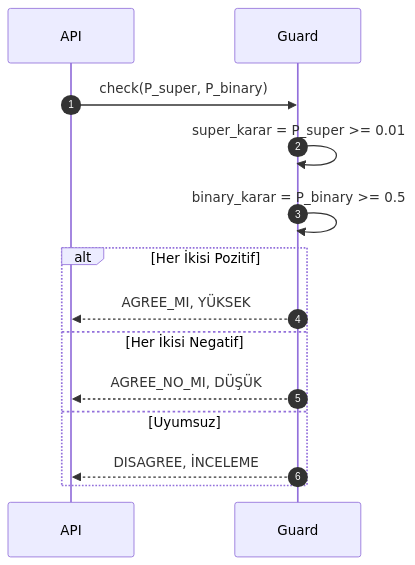
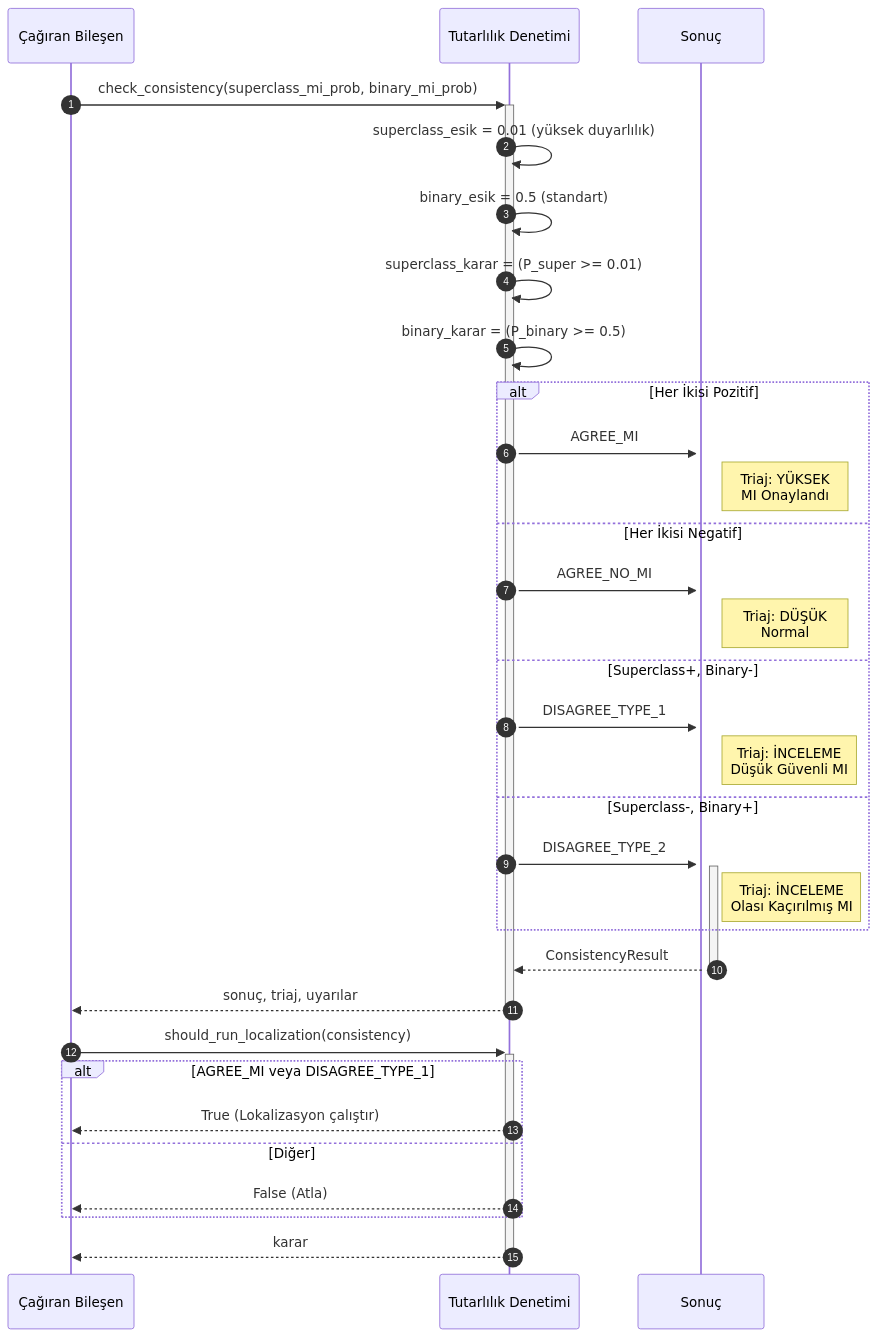
Before and after one commit to mUsaulug/CardioGuard-AI: the third of 9 diagrams in docs/diagrams/06_sequence_diagram.md, drawn with Mermaid. The commit also changed other lines of this file and 3 other files, not shown here.

````diff
--- a/docs/diagrams/06_sequence_diagram.md
+++ b/docs/diagrams/06_sequence_diagram.md
@@ -94,19 +170,40 @@
 ```mermaid
 sequenceDiagram
     autonumber
-    participant API
-    participant Guard
+    participant Caller as Çağıran Bileşen
+    participant Guard as Tutarlılık Denetimi
+    participant Result as Sonuç
     
-    API->>Guard: check(P_super, P_binary)
+    Caller->>+Guard: check_consistency(superclass_mi_prob, binary_mi_prob)
     
-    Guard->>Guard: super_karar = P_super >= 0.01
-    Guard->>Guard: binary_karar = P_binary >= 0.5
+    Guard->>Guard: superclass_esik = 0.01 (yüksek duyarlılık)
+    Guard->>Guard: binary_esik = 0.5 (standart)
+    
+    Guard->>Guard: superclass_karar = (P_super >= 0.01)
+    Guard->>Guard: binary_karar = (P_binary >= 0.5)
     
     alt Her İkisi Pozitif
-        Guard-->>API: AGREE_MI, YÜKSEK
+        Guard->>+Result: AGREE_MI
+        Note right of Result: Triaj: YÜKSEK<br/>MI Onaylandı
     else Her İkisi Negatif
-        Guard-->>API: AGREE_NO_MI, DÜŞÜK
-    else Uyumsuz
-        Guard-->>API: DISAGREE, İNCELEME
+        Guard->>+Result: AGREE_NO_MI
+        Note right of Result: Triaj: DÜŞÜK<br/>Normal
+    else Superclass+, Binary-
+        Guard->>+Result: DISAGREE_TYPE_1
+        Note right of Result: Triaj: İNCELEME<br/>Düşük Güvenli MI
+    else Superclass-, Binary+
+        Guard->>+Result: DISAGREE_TYPE_2
+        Note right of Result: Triaj: İNCELEME<br/>Olası Kaçırılmış MI
     end
+    
+    Result-->>-Guard: ConsistencyResult
+    Guard-->>-Caller: sonuç, triaj, uyarılar
+    
+    Caller->>+Guard: should_run_localization(consistency)
+    alt AGREE_MI veya DISAGREE_TYPE_1
+        Guard-->>Caller: True (Lokalizasyon çalıştır)
+    else Diğer
+        Guard-->>Caller: False (Atla)
+    end
+    Guard-->>-Caller: karar
 ```
````
